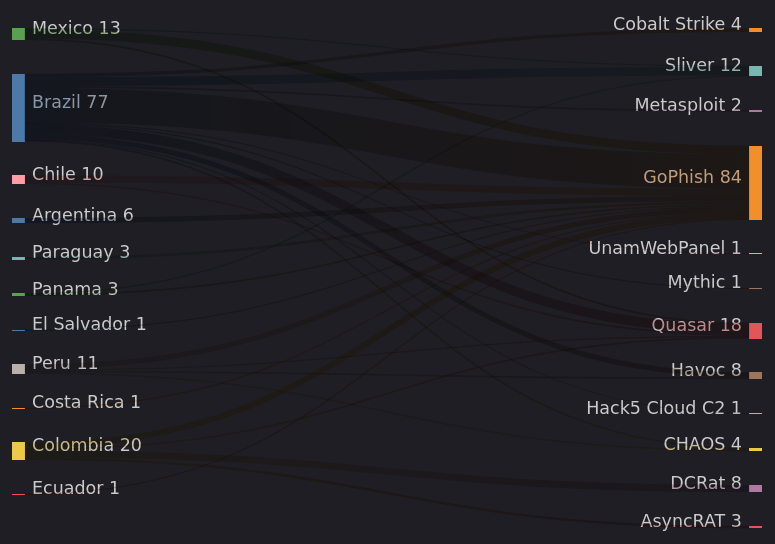
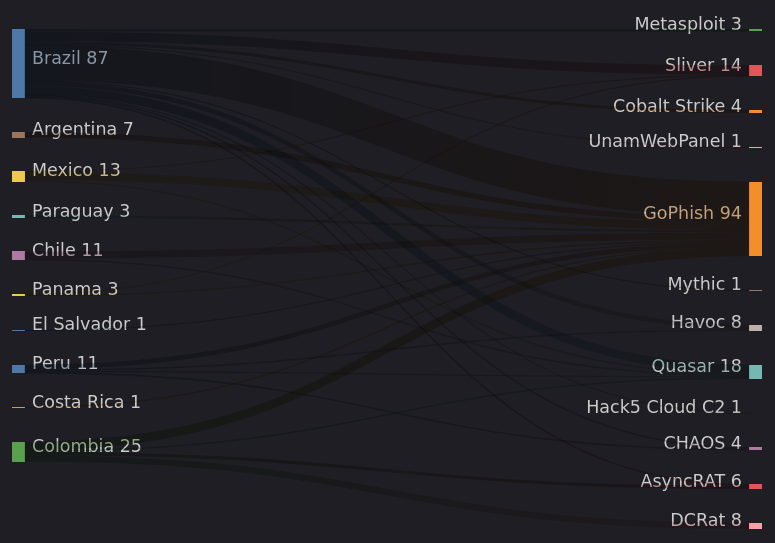
Before and after one commit to ZoqueLabs/website: the fifth of 7 diagrams in zolim.md, drawn with Mermaid. The commit also changed other lines of this file, not shown here.

````diff
--- a/zolim.md
+++ b/zolim.md
@@ -114,38 +114,38 @@
 ```mermaid
 ---
 config:
   theme: dark
 ---
 %% Country → Threat (top)
 sankey-beta
-  Brazil,GoPhish,39
+  Brazil,GoPhish,44
+  Brazil,Sliver,12
   Brazil,Quasar,11
-  Brazil,Sliver,10
+  Colombia,GoPhish,11
   Mexico,GoPhish,10
+  Chile,GoPhish,9
   Colombia,DCRat,8
-  Chile,GoPhish,8
-  Colombia,GoPhish,7
+  Argentina,GoPhish,7
   Brazil,Havoc,6
   Peru,GoPhish,6
-  Argentina,GoPhish,6
   Brazil,Cobalt Strike,4
-  Colombia,AsyncRAT,3
+  Colombia,AsyncRAT,4
   Paraguay,GoPhish,3
+  Brazil,Metasploit,3
   Chile,Quasar,2
   Panama,GoPhish,2
   Mexico,Quasar,2
   Colombia,Quasar,2
   Peru,Havoc,2
+  Brazil,AsyncRAT,2
   Peru,CHAOS,2
   Brazil,CHAOS,2
-  Brazil,Metasploit,2
   Brazil,UnamWebPanel,1
   Brazil,Mythic,1
   Brazil,Hack5 Cloud C2,1
   Mexico,Sliver,1
   Panama,Sliver,1
   Peru,Quasar,1
   El Salvador,GoPhish,1
   Costa Rica,GoPhish,1
-  Ecuador,GoPhish,1
 ```
````
